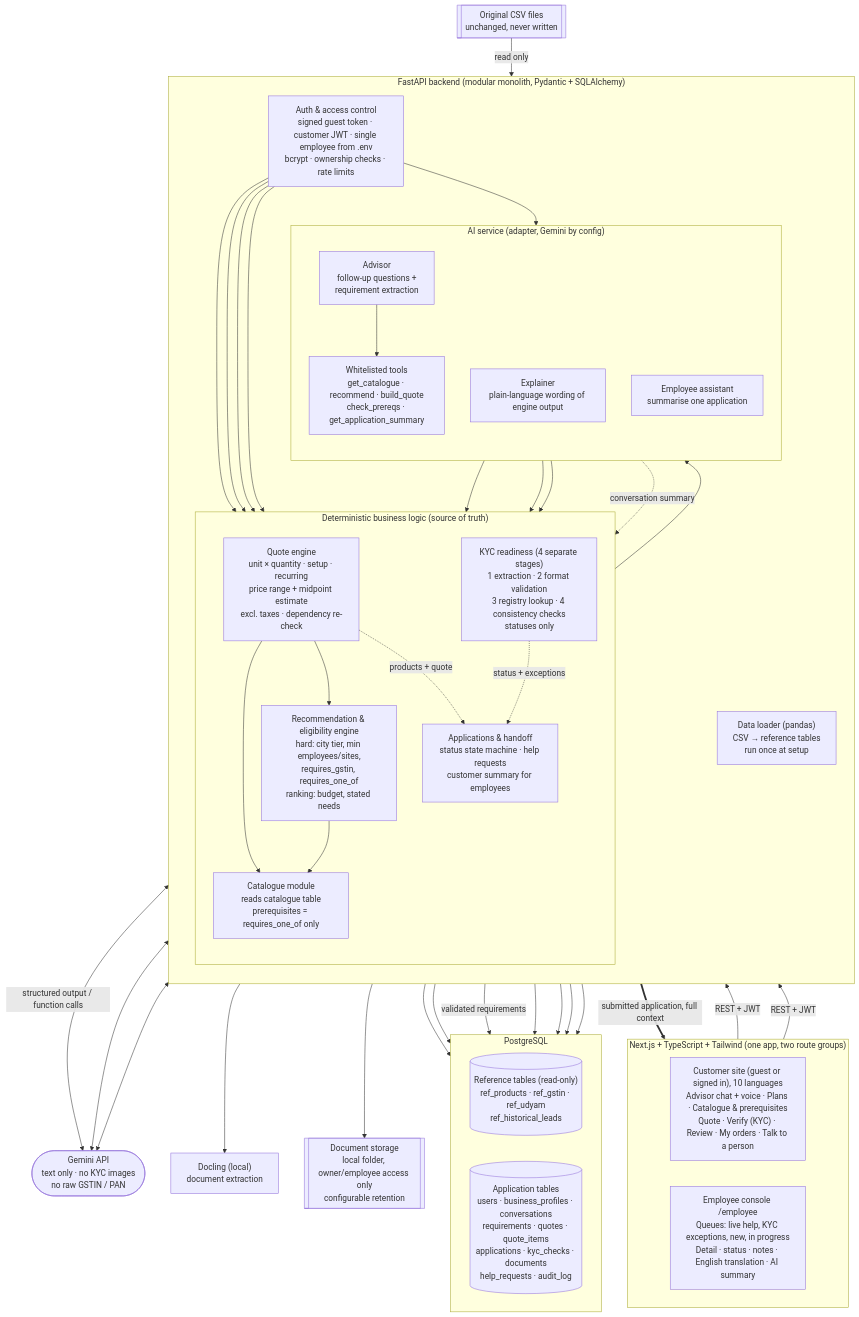
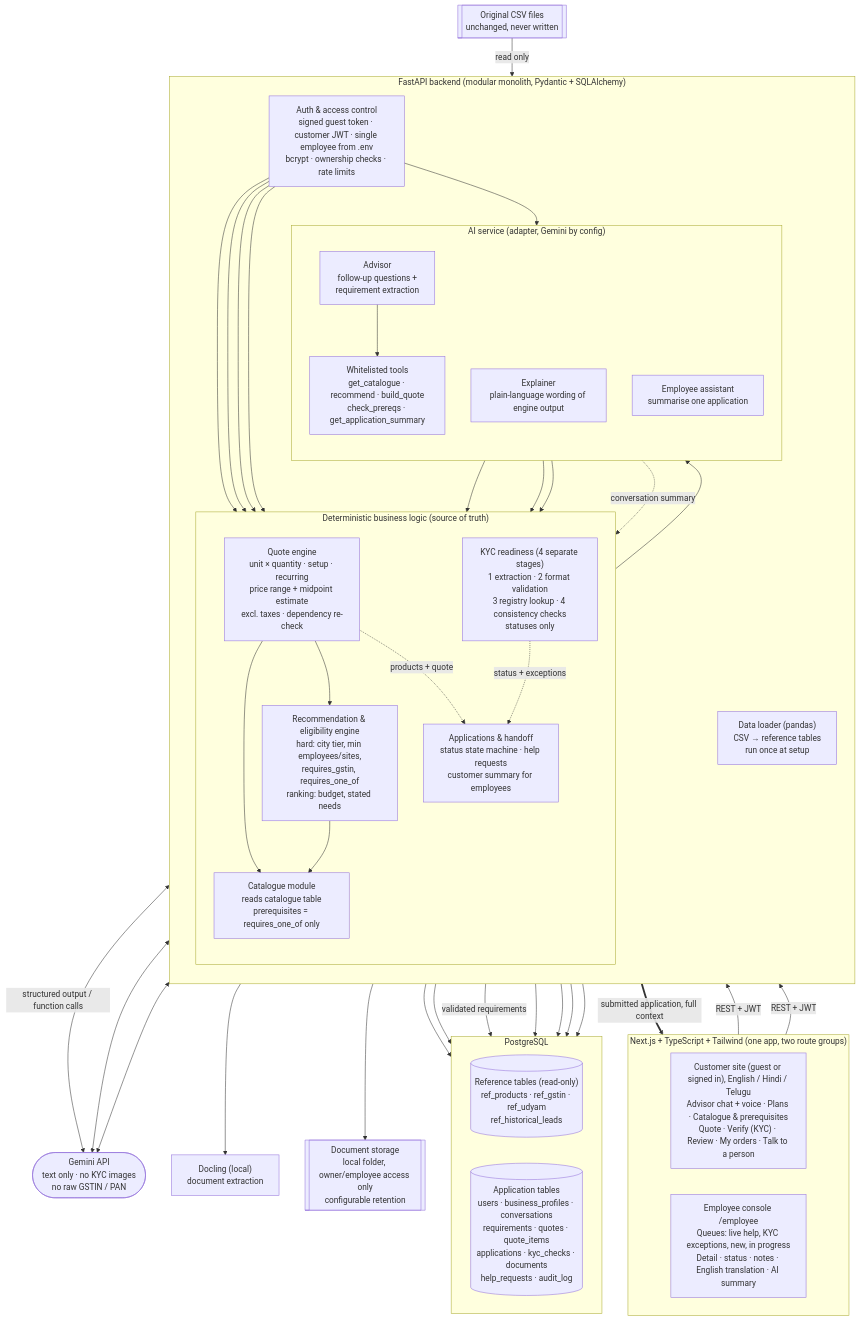
One commit to Manohar709/Airtel_sync_2026_digital changed the first of 3 diagrams in docs/architecture/HLD.md. Above: the diagram before and after it, drawn with Mermaid. The commit also changed 52 other files, not shown here.

````diff
--- a/docs/architecture/HLD.md
+++ b/docs/architecture/HLD.md
@@ -7,73 +7,73 @@
 ```mermaid
 flowchart TB
     subgraph FE["Next.js + TypeScript + Tailwind (one app, two route groups)"]
         direction LR
-        CP["Customer site (guest or signed in), 10 languages<br/>Advisor chat + voice · Plans · Catalogue & prerequisites<br/>Quote · Verify (KYC) · Review · My orders · Talk to a person"]
+        CP["Customer site (guest or signed in), English / Hindi / Telugu<br/>Advisor chat + voice · Plans · Catalogue & prerequisites<br/>Quote · Verify (KYC) · Review · My orders · Talk to a person"]
         EP["Employee console /employee<br/>Queues: live help, KYC exceptions, new, in progress<br/>Detail · status · notes · English translation · AI summary"]
     end
 
     subgraph BE["FastAPI backend (modular monolith, Pydantic + SQLAlchemy)"]
         direction TB
         AUTH["Auth & access control<br/>signed guest token · customer JWT · single employee from .env<br/>bcrypt · ownership checks · rate limits"]
 
         subgraph CORE["Deterministic business logic (source of truth)"]
             direction TB
             CAT["Catalogue module<br/>reads catalogue table<br/>prerequisites = requires_one_of only"]
             REC["Recommendation & eligibility engine<br/>hard: city tier, min employees/sites,<br/>requires_gstin, requires_one_of<br/>ranking: budget, stated needs"]
             QUO["Quote engine<br/>unit × quantity · setup · recurring<br/>price range + midpoint estimate<br/>excl. taxes · dependency re-check"]
             KYC["KYC readiness (4 separate stages)<br/>1 extraction · 2 format validation<br/>3 registry lookup · 4 consistency checks<br/>statuses only"]
             APP["Applications & handoff<br/>status state machine · help requests<br/>customer summary for employees"]
         end
 
         subgraph AIL["AI service (adapter, Gemini by config)"]
             direction TB
             ADV["Advisor<br/>follow-up questions +<br/>requirement extraction"]
             EXP["Explainer<br/>plain-language wording of engine output"]
             ESUM["Employee assistant<br/>summarise one application"]
             TOOLS["Whitelisted tools<br/>get_catalogue · recommend · build_quote<br/>check_prereqs · get_application_summary"]
         end
 
         LOAD["Data loader (pandas)<br/>CSV → reference tables<br/>run once at setup"]
     end
 
     subgraph DATA["PostgreSQL"]
         direction LR
         REF[("Reference tables (read-only)<br/>ref_products · ref_gstin · ref_udyam<br/>ref_historical_leads")]
         PORT[("Application tables<br/>users · business_profiles · conversations<br/>requirements · quotes · quote_items<br/>applications · kyc_checks · documents<br/>help_requests · audit_log")]
     end
 
     CSV[["Original CSV files<br/>unchanged, never written"]]
     FS[["Document storage<br/>local folder, owner/employee access only<br/>configurable retention"]]
     DOC["Docling (local)<br/>document extraction"]
     GEM(["Gemini API<br/>text only · no KYC images<br/>no raw GSTIN / PAN"])
 
     CP -->|REST + JWT| AUTH
     EP -->|REST + JWT| AUTH
     AUTH --> ADV & REC & QUO & KYC & APP
 
     ADV <-->|structured output / function calls| GEM
     EXP <--> GEM
     ESUM <--> GEM
     ADV --> TOOLS
     TOOLS --> REC & QUO & APP
     REC --> EXP
 
     REC --> CAT
     QUO --> CAT
     QUO --> REC
     CAT --> REF
     KYC --> REF
     KYC --> DOC
     KYC --> FS
     ADV -->|validated requirements| PORT
     QUO --> PORT
     KYC --> PORT
     APP --> PORT
 
     CSV -->|read only| LOAD --> REF
 
     QUO -. products + quote .-> APP
     KYC -. status + exceptions .-> APP
     ADV -. conversation summary .-> APP
     APP ==>|submitted application, full context| EP
 ```
````
